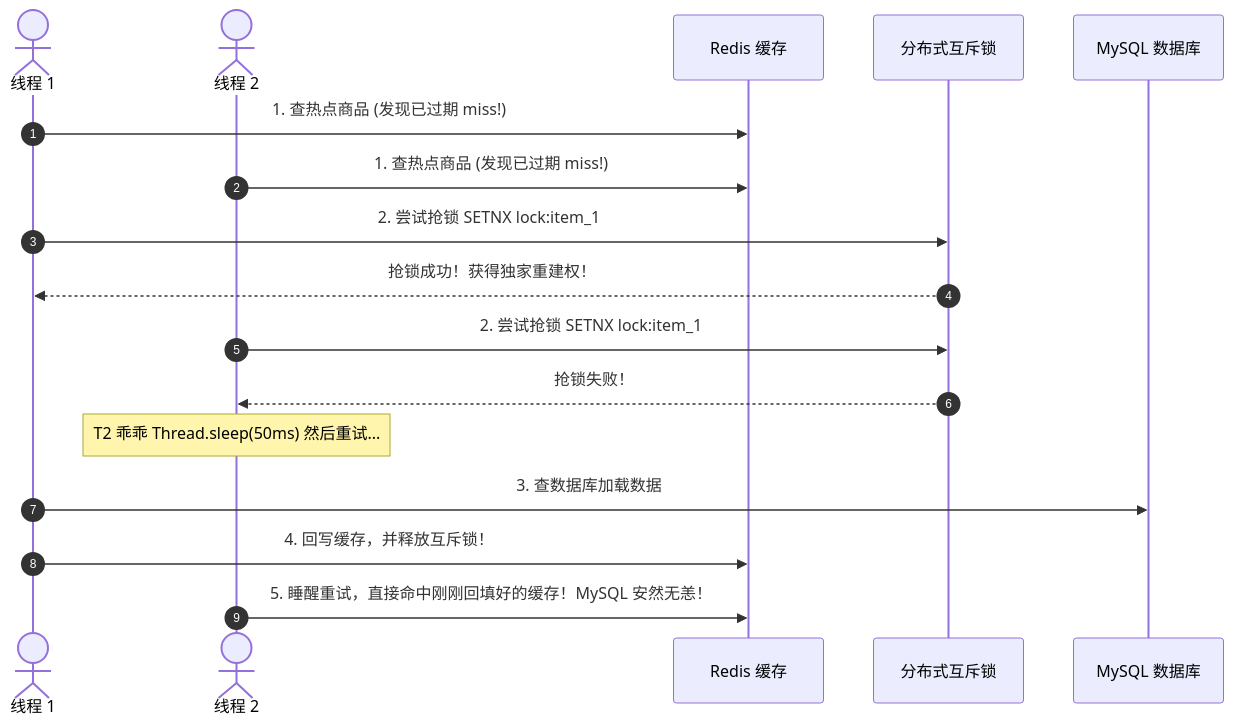
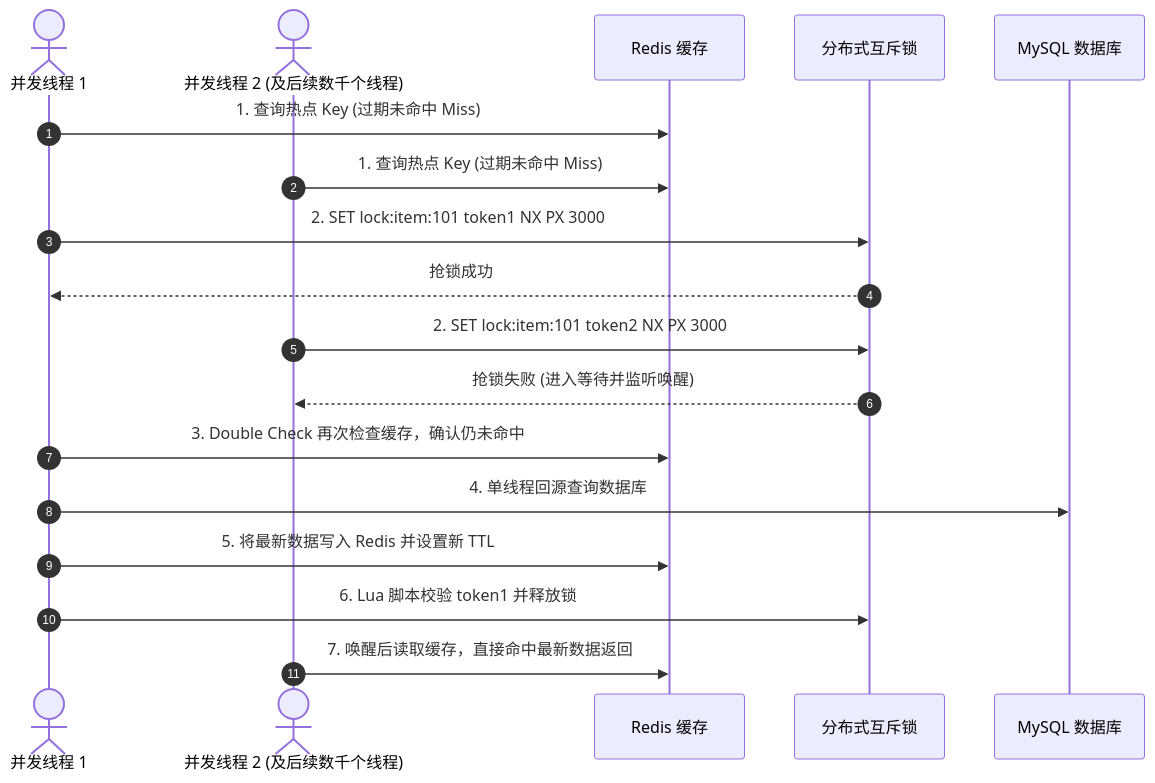
The third of 4 diagrams in 20-Java后端/05-数据库与存储/07-缓存穿透-击穿-雪崩.md (GuoWWWX/knowledge-base), drawn with Mermaid before and after one commit. The commit also changed other lines of this file and 251 other files, not shown here.

````diff
--- a/20-Java后端/05-数据库与存储/07-缓存穿透-击穿-雪崩.md
+++ b/20-Java后端/05-数据库与存储/07-缓存穿透-击穿-雪崩.md
@@ -93,24 +96,25 @@
 ```mermaid
 sequenceDiagram
     autonumber
-    actor T1 as 线程 1
-    actor T2 as 线程 2
+    actor T1 as 并发线程 1
+    actor T2 as 并发线程 2 (及后续数千个线程)
     participant Redis as Redis 缓存
     participant Lock as 分布式互斥锁
     participant DB as MySQL 数据库
 
-    T1->>Redis: 1. 查热点商品 (发现已过期 miss!)
-    T2->>Redis: 1. 查热点商品 (发现已过期 miss!)
+    T1->>Redis: 1. 查询热点 Key (过期未命中 Miss)
+    T2->>Redis: 1. 查询热点 Key (过期未命中 Miss)
     
-    T1->>Lock: 2. 尝试抢锁 SETNX lock:item_1
-    Lock-->>T1: 抢锁成功！获得独家重建权！
+    T1->>Lock: 2. SET lock:item:101 token1 NX PX 3000
+    Lock-->>T1: 抢锁成功
     
-    T2->>Lock: 2. 尝试抢锁 SETNX lock:item_1
-    Lock-->>T2: 抢锁失败！
-    Note over T2: T2 乖乖 Thread.sleep(50ms) 然后重试...
+    T2->>Lock: 2. SET lock:item:101 token2 NX PX 3000
+    Lock-->>T2: 抢锁失败 (进入等待并监听唤醒)
     
-    T1->>DB: 3. 查数据库加载数据
-    T1->>Redis: 4. 回写缓存，并释放互斥锁！
+    T1->>Redis: 3. Double Check 再次检查缓存，确认仍未命中
+    T1->>DB: 4. 单线程回源查询数据库
+    T1->>Redis: 5. 将最新数据写入 Redis 并设置新 TTL
+    T1->>Lock: 6. Lua 脚本校验 token1 并释放锁
     
-    T2->>Redis: 5. 睡醒重试，直接命中刚刚回填好的缓存！MySQL 安然无恙！
+    T2->>Redis: 7. 唤醒后读取缓存，直接命中最新数据返回
 ```
````
